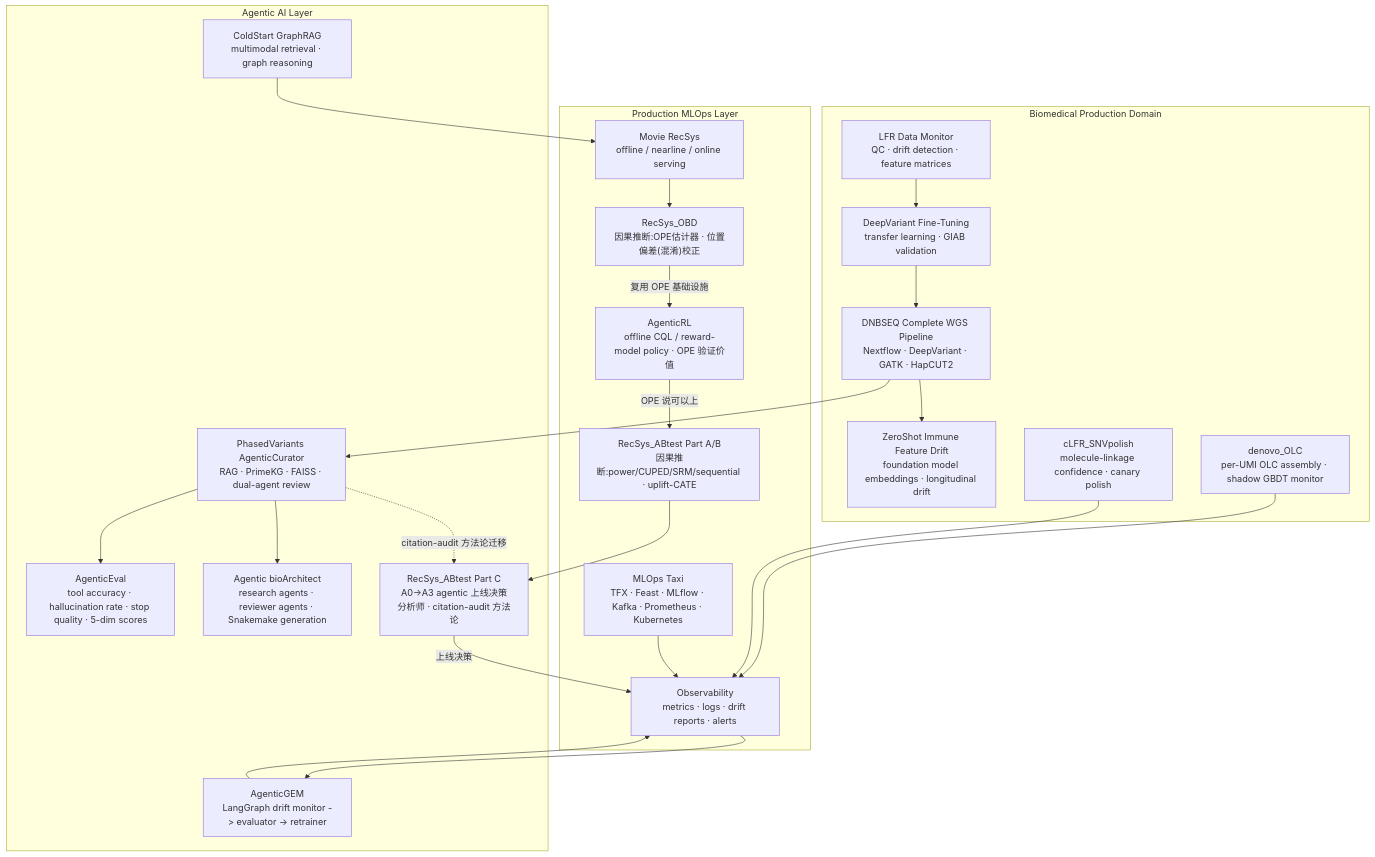
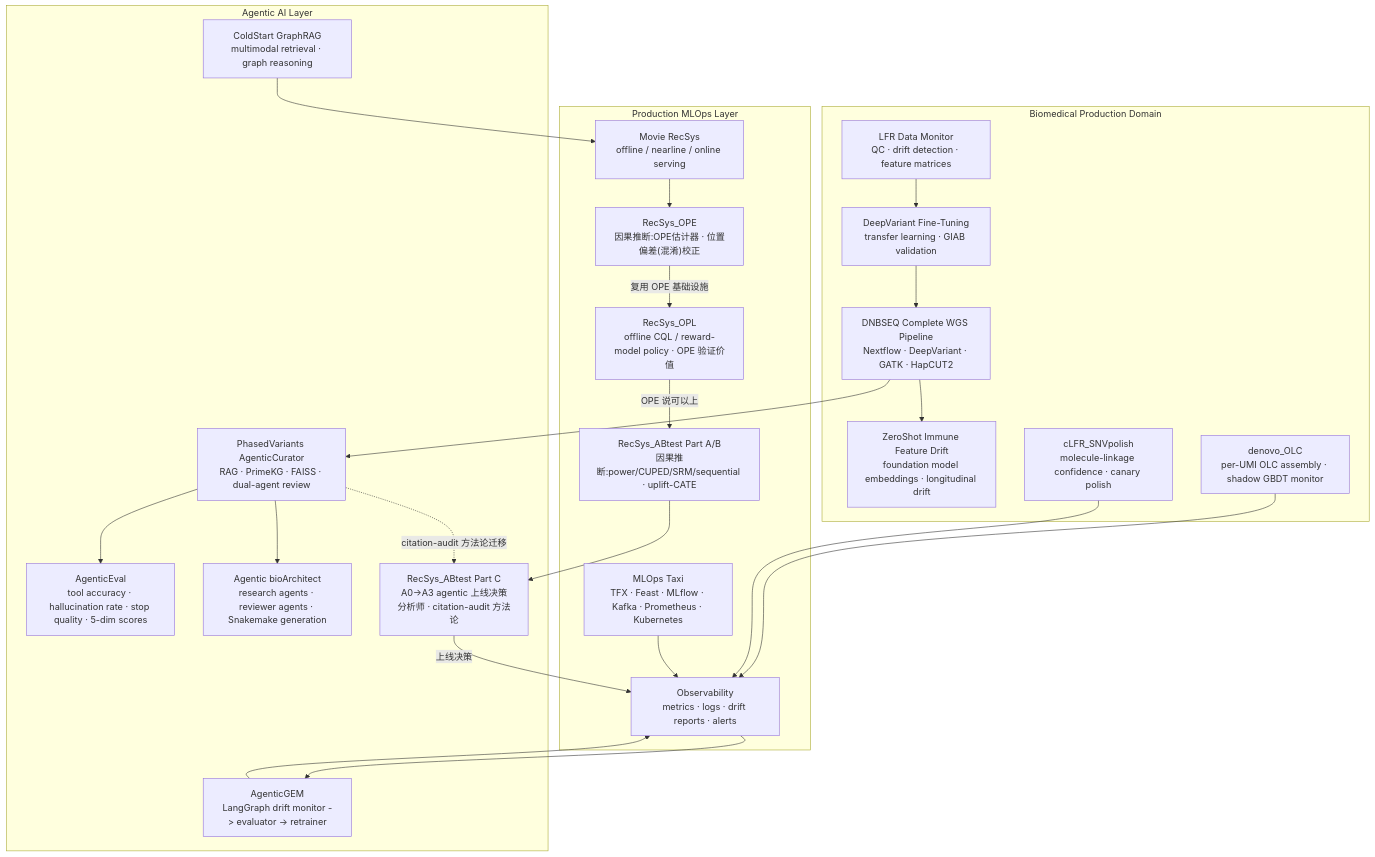
The diagram in README_CN.md (arcadianlyric/AI4S_Agentic_MLOps), drawn with Mermaid before and after one commit. The commit also changed other lines of this file and 1 other file, not shown here.

````diff
--- a/README_CN.md
+++ b/README_CN.md
@@ -128,48 +63,48 @@
 ```mermaid
 flowchart TD
     subgraph DOMAIN["Biomedical Production Domain"]
         WGS["DNBSEQ Complete WGS Pipeline<br/>Nextflow · DeepVariant · GATK · HapCUT2"]
         LFR["LFR Data Monitor<br/>QC · drift detection · feature matrices"]
         DV["DeepVariant Fine-Tuning<br/>transfer learning · GIAB validation"]
         IMM["ZeroShot Immune Feature Drift<br/>foundation model embeddings · longitudinal drift"]
         OLC["denovo_OLC<br/>per-UMI OLC assembly · shadow GBDT monitor"]
         VCP["cLFR_SNVpolish<br/>molecule-linkage confidence · canary polish"]
     end
 
     subgraph AGENT["Agentic AI Layer"]
         CUR["PhasedVariants AgenticCurator<br/>RAG · PrimeKG · FAISS · dual-agent review"]
         EVAL["AgenticEval<br/>tool accuracy · hallucination rate · stop quality · 5-dim scores"]
         BIO["Agentic bioArchitect<br/>research agents · reviewer agents · Snakemake generation"]
         GEM["AgenticGEM<br/>LangGraph drift monitor -> evaluator -> retrainer"]
         GRAG["ColdStart GraphRAG<br/>multimodal retrieval · graph reasoning"]
         ABT["RecSys_ABtest Part C<br/>A0->A3 agentic 上线决策分析师 · citation-audit 方法论"]
     end
 
     subgraph MLOPS["Production MLOps Layer"]
         TAXI["MLOps Taxi<br/>TFX · Feast · MLflow · Kafka · Prometheus · Kubernetes"]
         RECSYS["Movie RecSys<br/>offline / nearline / online serving"]
-        OBD["RecSys_OBD<br/>因果推断:OPE估计器 · 位置偏差(混淆)校正"]
-        RL["AgenticRL<br/>offline CQL / reward-model policy · OPE 验证价值"]
+        OBD["RecSys_OPE<br/>因果推断:OPE估计器 · 位置偏差(混淆)校正"]
+        RL["RecSys_OPL<br/>offline CQL / reward-model policy · OPE 验证价值"]
         ABAB["RecSys_ABtest Part A/B<br/>因果推断:power/CUPED/SRM/sequential · uplift-CATE"]
         OBS["Observability<br/>metrics · logs · drift reports · alerts"]
     end
 
     LFR --> DV
     DV --> WGS
     WGS --> CUR
     WGS --> IMM
     CUR --> EVAL
     CUR --> BIO
     CUR -. "citation-audit 方法论迁移" .-> ABT
     OLC --> OBS
     VCP --> OBS
     GEM --> OBS
     TAXI --> OBS
     RECSYS --> OBD
     OBD -- "复用 OPE 基础设施" --> RL
     RL -- "OPE 说可以上" --> ABAB
     ABAB --> ABT
     ABT -- "上线决策" --> OBS
     GRAG --> RECSYS
     OBS --> GEM
 ```
````
